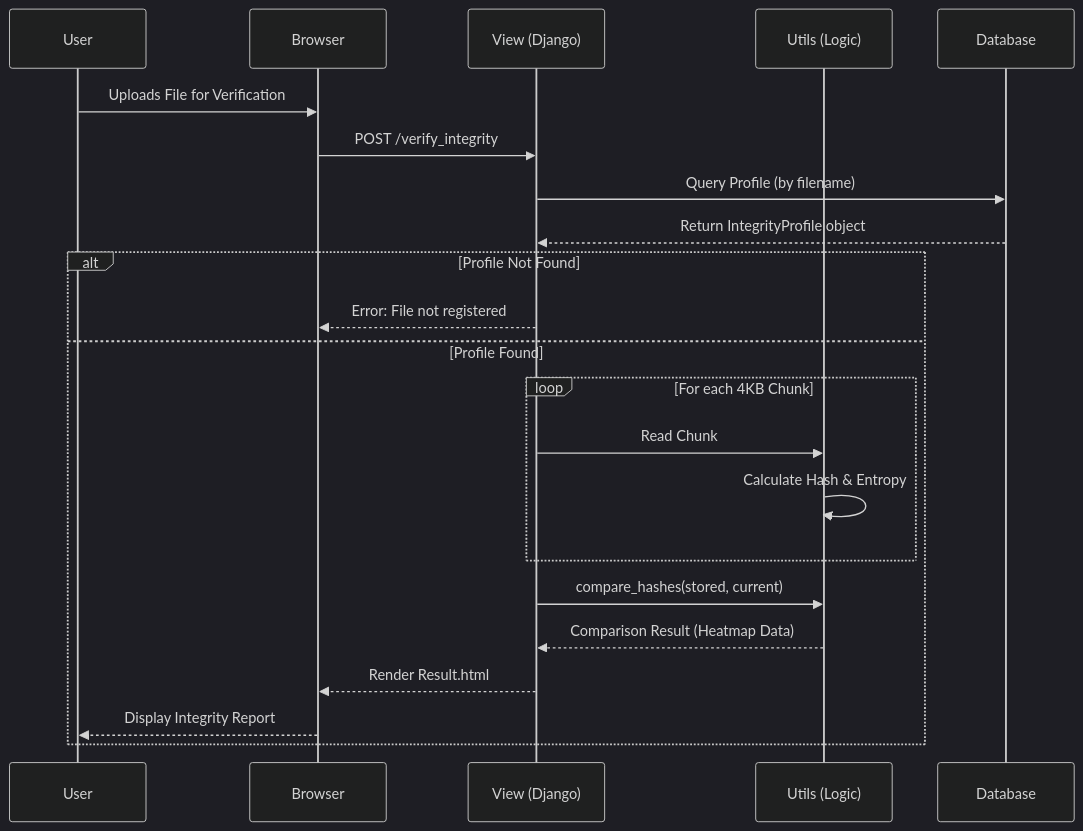
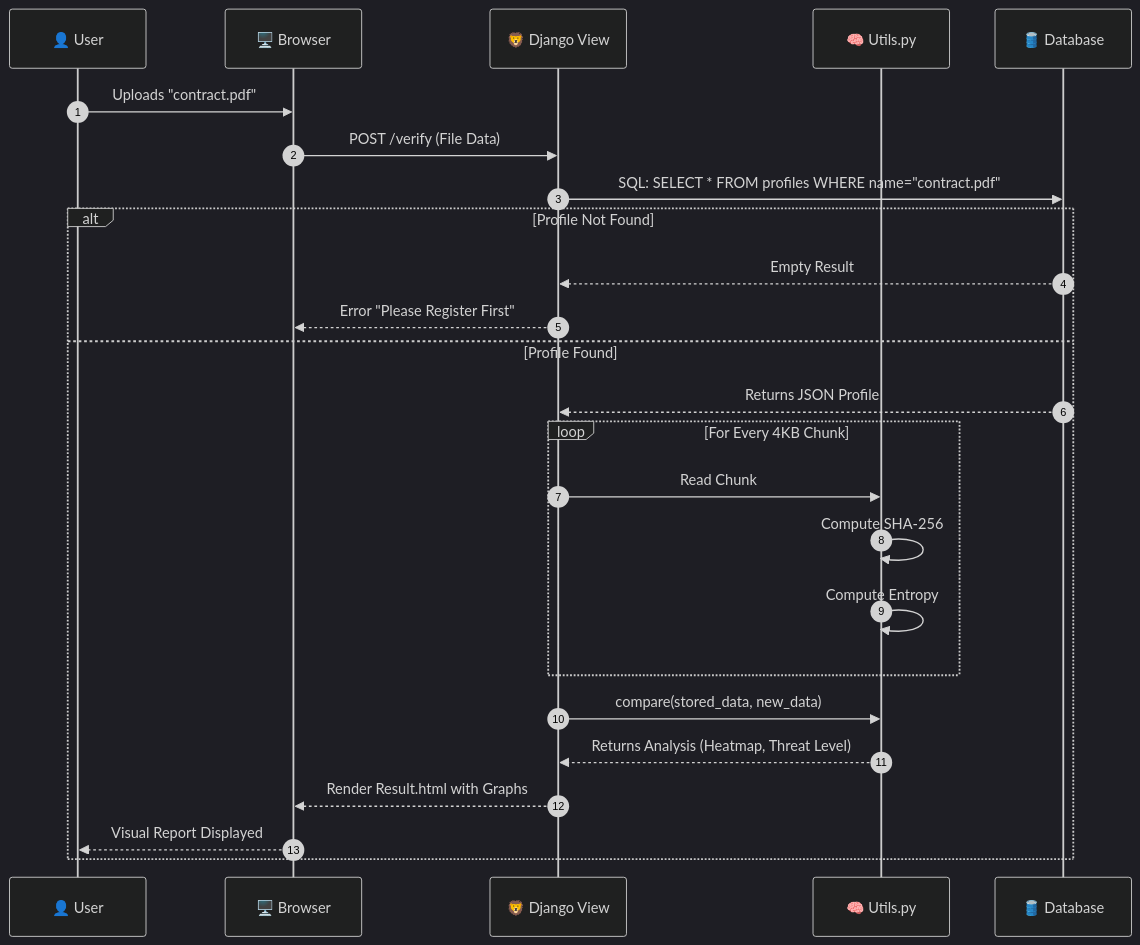
Before and after one commit to vaishnav4281/file-integrity: the fifth of 8 diagrams in Structure.md, drawn with Mermaid (dark theme). The commit also changed other lines of this file, not shown here.

````diff
--- a/Structure.md
+++ b/Structure.md
@@ -129,26 +123,32 @@
 ```mermaid
 sequenceDiagram
-    participant User
-    participant Browser
-    participant View as View (Django)
-    participant Utils as Utils (Logic)
-    participant Database
+    autonumber
+    participant User as 👤 User
+    participant Frontend as 🖥️ Browser
+    participant Backend as 🦁 Django View
+    participant Logic as 🧠 Utils.py
+    participant DB as 🛢️ Database
 
-    User->>Browser: Uploads File for Verification
-    Browser->>View: POST /verify_integrity
-    View->>Database: Query Profile (by filename)
-    Database-->>View: Return IntegrityProfile object
+    User->>Frontend: Uploads "contract.pdf"
+    Frontend->>Backend: POST /verify (File Data)
+    Backend->>DB: SQL: SELECT * FROM profiles WHERE name="contract.pdf"
     
     alt Profile Not Found
-        View-->>Browser: Error: File not registered
+        DB-->>Backend: Empty Result
+        Backend-->>Frontend: Error "Please Register First"
     else Profile Found
-        loop For each 4KB Chunk
-            View->>Utils: Read Chunk
-            Utils->>Utils: Calculate Hash & Entropy
+        DB-->>Backend: Returns JSON Profile
+        
+        loop For Every 4KB Chunk
+            Backend->>Logic: Read Chunk
+            Logic->>Logic: Compute SHA-256
+            Logic->>Logic: Compute Entropy
         end
-        View->>Utils: compare_hashes(stored, current)
-        Utils-->>View: Comparison Result (Heatmap Data)
-        View-->>Browser: Render Result.html
-        Browser-->>User: Display Integrity Report
+        
+        Backend->>Logic: compare(stored_data, new_data)
+        Logic-->>Backend: Returns Analysis (Heatmap, Threat Level)
+        
+        Backend-->>Frontend: Render Result.html with Graphs
+        Frontend-->>User: Visual Report Displayed
     end
 ```
````
